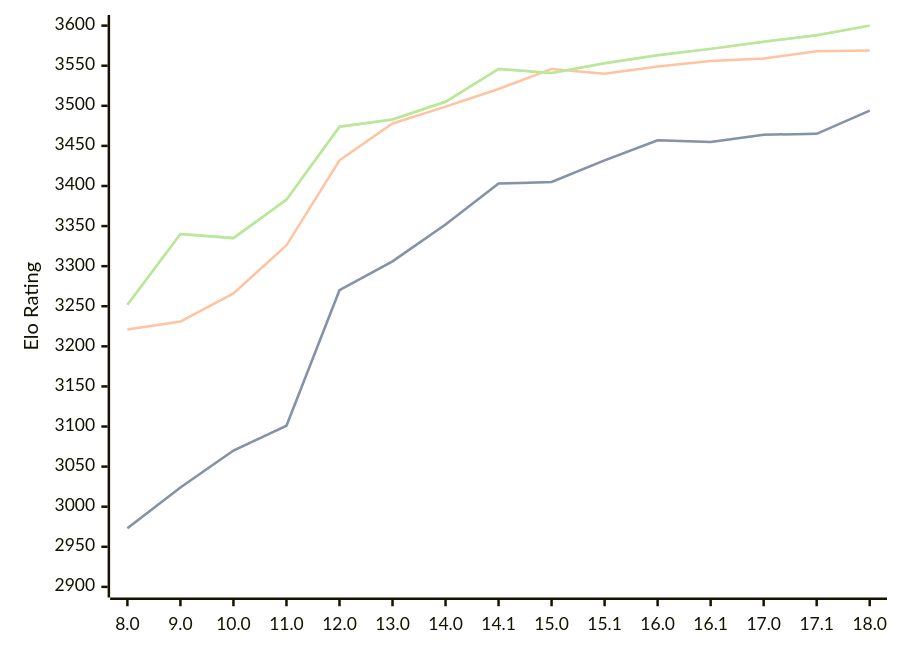
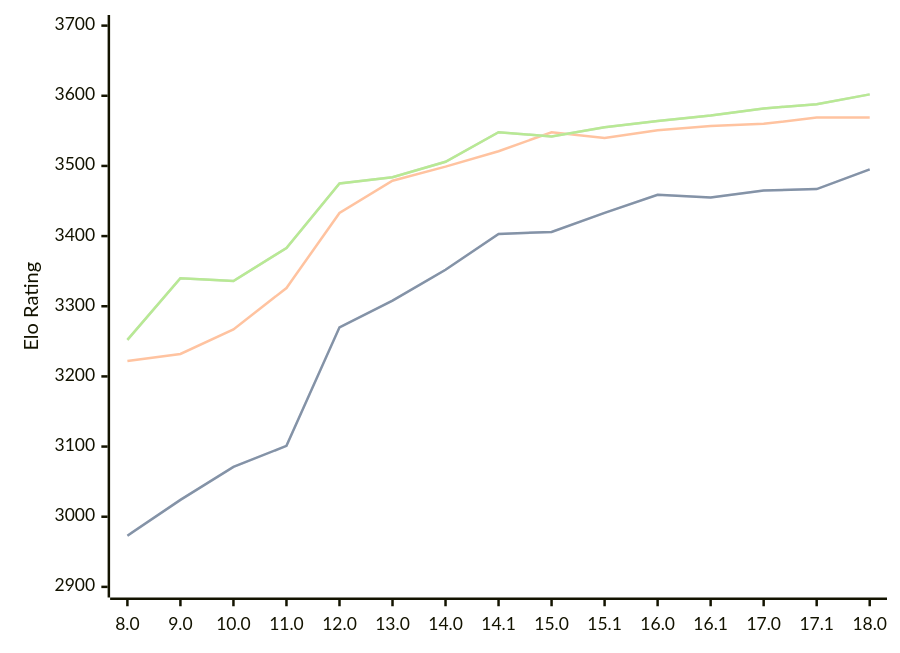
Before and after one commit to computer-chess-index/cci: the first of 3 diagrams in engines/Stockfish.md, drawn with Mermaid. The commit also changed other lines of this file, not shown here.

Commit message:
Update CCI Ratings (ELO VLTC) - 2026-06-16

````diff
--- a/engines/Stockfish.md
+++ b/engines/Stockfish.md
@@ -46,11 +46,11 @@
 ```mermaid
 %%{init: {"theme":"base","themeVariables":{"seriesColors:['#a3a3a3','#222221','#faa371']}}}%%
 xychart-beta
   x-axis ["8.0", "9.0", "10.0", "11.0", "12.0", "13.0", "14.0", "14.1", "15.0", "15.1", "16.0", "16.1", "17.0", "17.1", "18.0"]
-  y-axis "Elo Rating" 2900 --> 3600
-  line "STC (8.0+0.08s)" [2973, 3024, 3070, 3101, 3270, 3306, 3352, 3403, 3405, 3432, 3457, 3455, 3464, 3465, 3494]
-  line "STC (8.0+0.08s)" [2973, 3024, 3070, 3101, 3270, 3306, 3352, 3403, 3405, 3432, 3457, 3455, 3464, 3465, 3494]
-  line "LTC (60.0+0.60s)" [3221, 3231, 3266, 3326, 3432, 3478, 3499, 3521, 3546, 3540, 3549, 3556, 3559, 3568, 3569]
-  line "VLTC (2m24s+1.12s)" [3252, 3340, 3335, 3383, 3474, 3483, 3505, 3546, 3541, 3553, 3563, 3571, 3580, 3588, 3600]
-  line "VLTC (2m24s+1.12s)" [3252, 3340, 3335, 3383, 3474, 3483, 3505, 3546, 3541, 3553, 3563, 3571, 3580, 3588, 3600]
+  y-axis "Elo Rating" 2900 --> 3700
+  line "STC (8.0+0.08s)" [2973, 3024, 3071, 3101, 3270, 3308, 3352, 3403, 3406, 3433, 3459, 3455, 3465, 3467, 3495]
+  line "STC (8.0+0.08s)" [2973, 3024, 3071, 3101, 3270, 3308, 3352, 3403, 3406, 3433, 3459, 3455, 3465, 3467, 3495]
+  line "LTC (60.0+0.60s)" [3222, 3232, 3267, 3326, 3433, 3479, 3499, 3521, 3548, 3540, 3551, 3557, 3560, 3569, 3569]
+  line "VLTC (2m24s+1.12s)" [3252, 3340, 3336, 3383, 3475, 3484, 3506, 3548, 3542, 3555, 3564, 3572, 3582, 3588, 3602]
+  line "VLTC (2m24s+1.12s)" [3252, 3340, 3336, 3383, 3475, 3484, 3506, 3548, 3542, 3555, 3564, 3572, 3582, 3588, 3602]
 ```
````
